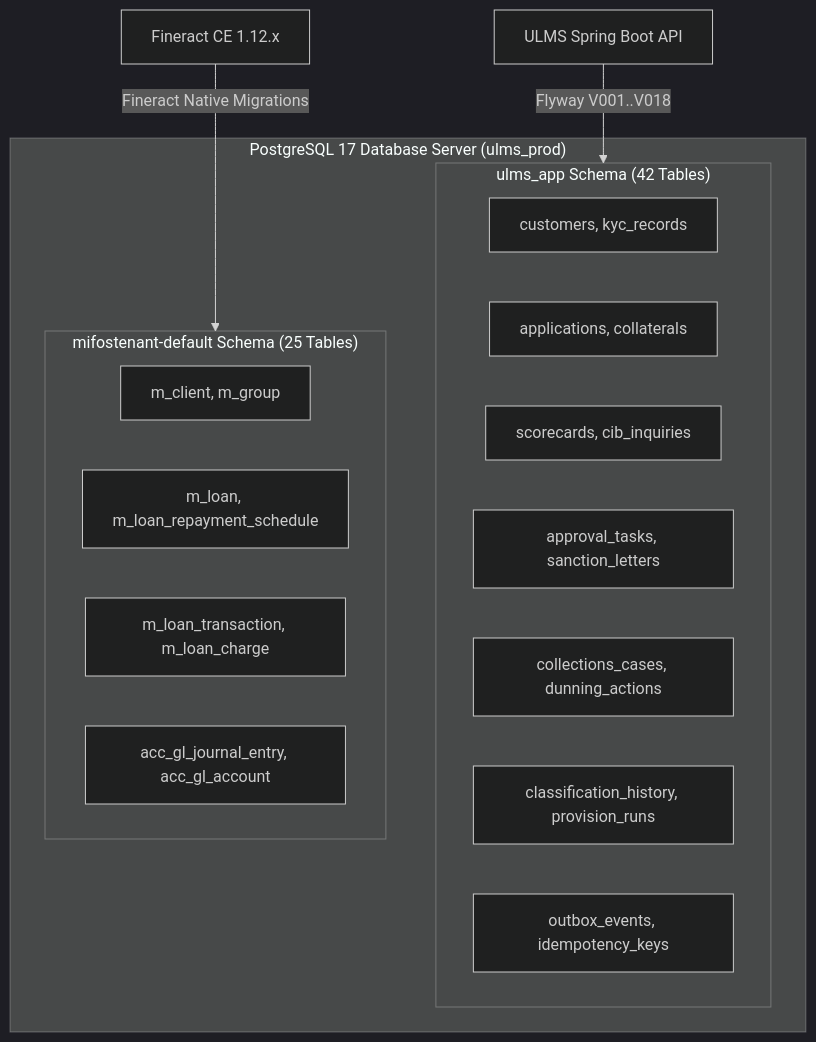
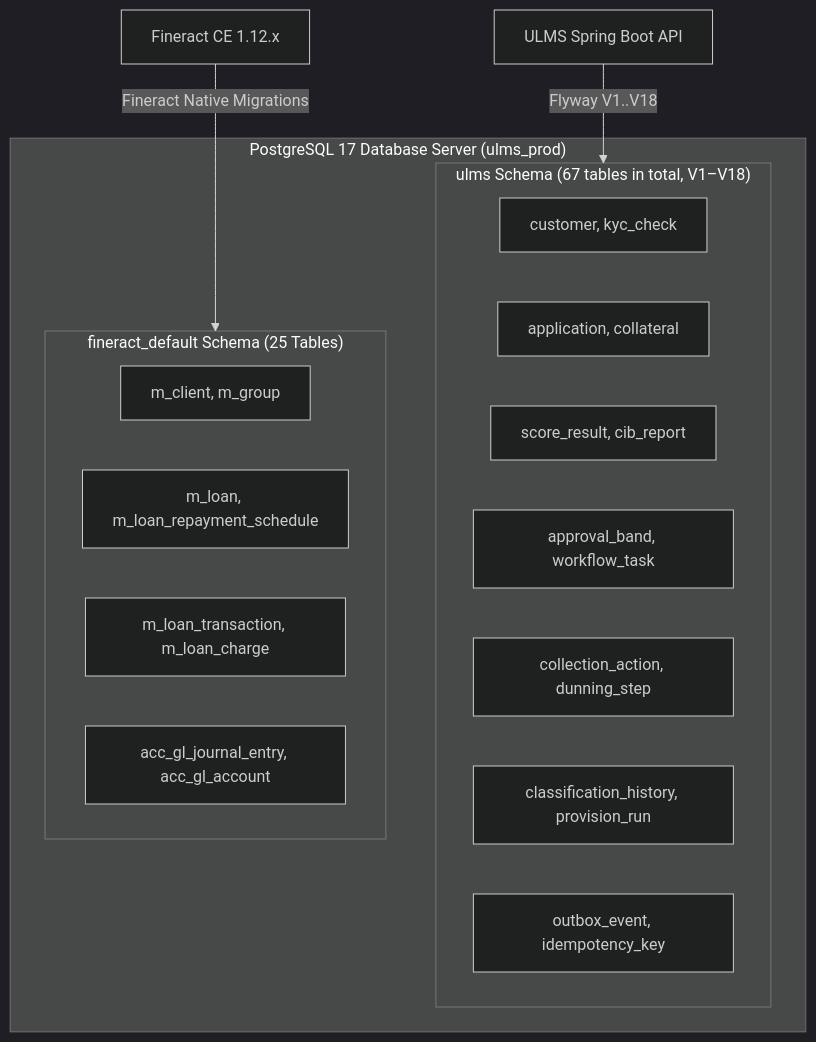
One commit to maz279/ulms changed the first of 2 diagrams in technical_document/03_maintenance/DOC-03-MNT-02_Flyway_Database_Migration_and_Schema_Evolution_Guide.md. Above: the diagram before and after it, drawn with Mermaid (dark theme). The commit also changed other lines of this file and 128 other files, not shown here.

````diff
--- a/technical_document/03_maintenance/DOC-03-MNT-02_Flyway_Database_Migration_and_Schema_Evolution_Guide.md
+++ b/technical_document/03_maintenance/DOC-03-MNT-02_Flyway_Database_Migration_and_Schema_Evolution_Guide.md
@@ -30,22 +30,22 @@
 ```mermaid
 flowchart TD
     subgraph PG17 ["PostgreSQL 17 Database Server (ulms_prod)"]
-        subgraph Schema_ULMS ["ulms_app Schema (42 Tables)"]
-            T1["customers, kyc_records"]
-            T2["applications, collaterals"]
-            T3["scorecards, cib_inquiries"]
-            T4["approval_tasks, sanction_letters"]
-            T5["collections_cases, dunning_actions"]
-            T6["classification_history, provision_runs"]
-            T7["outbox_events, idempotency_keys"]
+        subgraph Schema_ULMS ["ulms Schema (67 tables in total, V1–V18)"]
+            T1["customer, kyc_check"]
+            T2["application, collateral"]
+            T3["score_result, cib_report"]
+            T4["approval_band, workflow_task"]
+            T5["collection_action, dunning_step"]
+            T6["classification_history, provision_run"]
+            T7["outbox_event, idempotency_key"]
         end
-        subgraph Schema_Fineract ["mifostenant-default Schema (25 Tables)"]
+        subgraph Schema_Fineract ["fineract_default Schema (25 Tables)"]
             F1["m_client, m_group"]
             F2["m_loan, m_loan_repayment_schedule"]
             F3["m_loan_transaction, m_loan_charge"]
             F4["acc_gl_journal_entry, acc_gl_account"]
         end
     end
-    API["ULMS Spring Boot API"] -->|Flyway V001..V018| Schema_ULMS
+    API["ULMS Spring Boot API"] -->|Flyway V1..V18| Schema_ULMS
     FIN["Fineract CE 1.12.x"] -->|Fineract Native Migrations| Schema_Fineract
 ```
````
